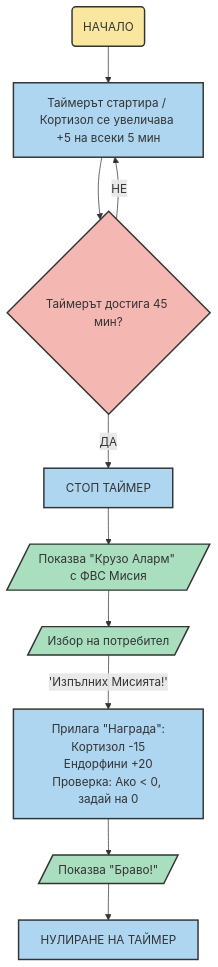
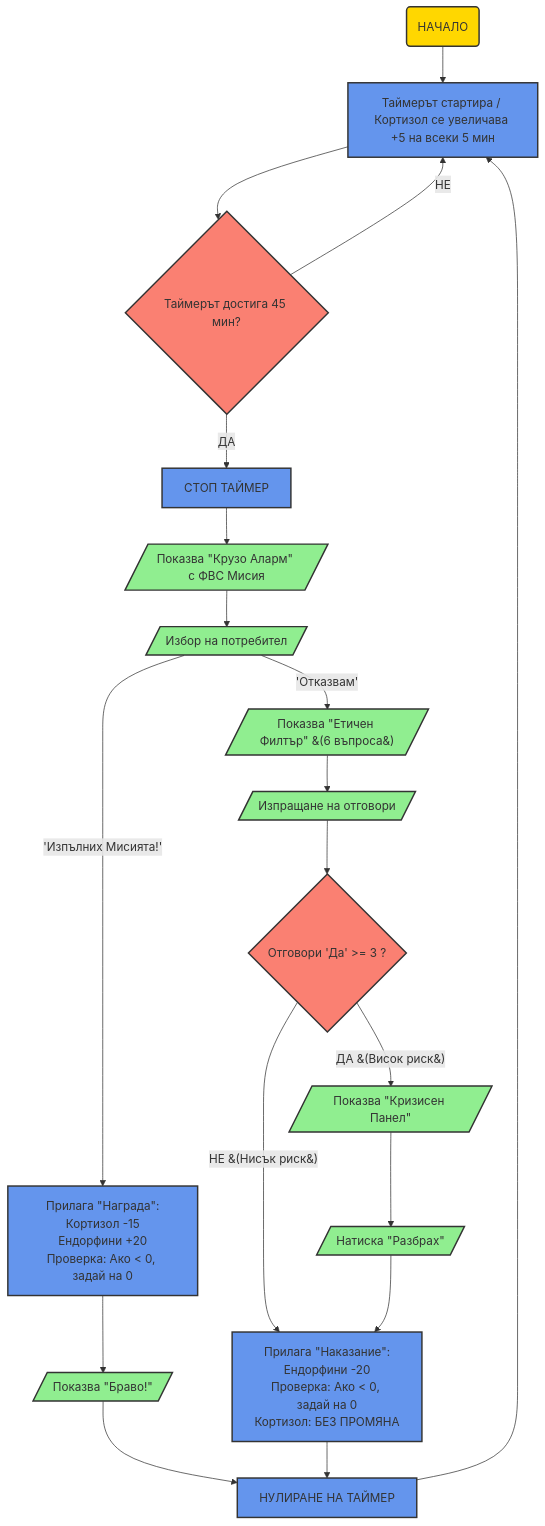
The diagram in logic-flowchart.md (DiGeNik/Social-Compass), drawn with Mermaid before and after one commit.

````diff
--- a/logic-flowchart.md
+++ b/logic-flowchart.md
@@ -1,33 +1,54 @@
 ```mermaid
 graph TD
-    %% Дефиниции на цветовете (базирани на Екранна снимка 2025-10-26 171323.png)
-    classDef startEnd fill:#f9e79f,stroke:#333,stroke-width:2px;
-    classDef function fill:#aed6f1,stroke:#333,stroke-width:2px;
-    classDef io fill:#a9dfbf,stroke:#333,stroke-width:2px;
-    classDef condition fill:#f5b7b1,stroke:#333,stroke-width:2px;
+    %% Дефиниции на цветовете (Висок Контраст)
+    classDef startEnd fill:gold,stroke:#333,stroke-width:2px;
+    classDef function fill:cornflowerblue,stroke:#333,stroke-width:2px;
+    classDef io fill:lightgreen,stroke:#333,stroke-width:2px;
+    classDef condition fill:salmon,stroke:#333,stroke-width:2px;
 
     %% Начало
     A(НАЧАЛО) --> B[Таймерът стартира / Кортизол се увеличава +5 на всеки 5 мин];
     class A startEnd;
     class B function;
 
     %% Основен цикъл
     B --> C{Таймерът достига 45 мин?};
     class C condition;
     C -- "НЕ" --> B;
     C -- "ДА" --> E[СТОП ТАЙМЕР];
     class E function;
 
     %% Разклонение
     E --> F[/Показва &quot;Крузо Аларм&quot; с ФВС Мисия/];
     F --> G[/Избор на потребител/];
     class F,G io;
 
     %% Път 1: Изпълнение
     G -- "'Изпълних Мисията!'" --> H[Прилага &quot;Награда&quot;:<br>Кортизол -15<br>Ендорфини +20<br>Проверка: Ако < 0, задай на 0];
     H --> I[/Показва &quot;Браво!&quot;/];
     I --> Z[НУЛИРАНЕ НА ТАЙМЕР];
     class H function;
     class I io;
     class Z function;
+
+    %% Път 2: Отказ
+    G -- "'Отказвам'" --> K[/Показва &quot;Етичен Филтър&quot; &#40;6 въпроса&#41;/];
+    K --> L[/Изпращане на отговори/];
+    L --> M{Отговори &apos;Да&apos; >= 3 ?};
+    class K,L io;
+    class M condition;
+
+    %% Път 2A: Нисък риск
+    M -- "НЕ &#40;Нисък риск&#41;" --> N[Прилага &quot;Наказание&quot;:<br>Ендорфини -20<br>Проверка: Ако < 0, задай на 0<br>Кортизол: БЕЗ ПРОМЯНА];
+    N --> Z;
+    class N function;
+
+    %% Път 2B: Висок риск
+    M -- "ДА &#40;Висок риск&#41;" --> O[/Показва &quot;Кризисен Панел&quot;/];
+    O --> P[/Натиска &quot;Разбрах&quot;/];
+    P --> N;
+    class O,P io;
+
+    %% Събиране
+    Z --> B;
 ```
````
